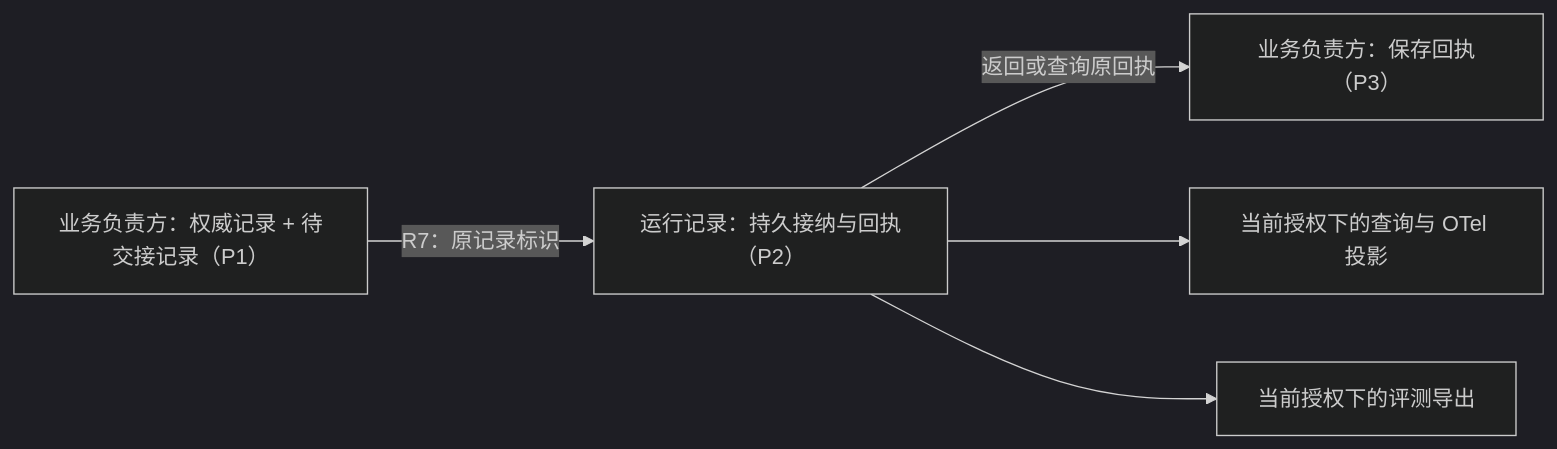
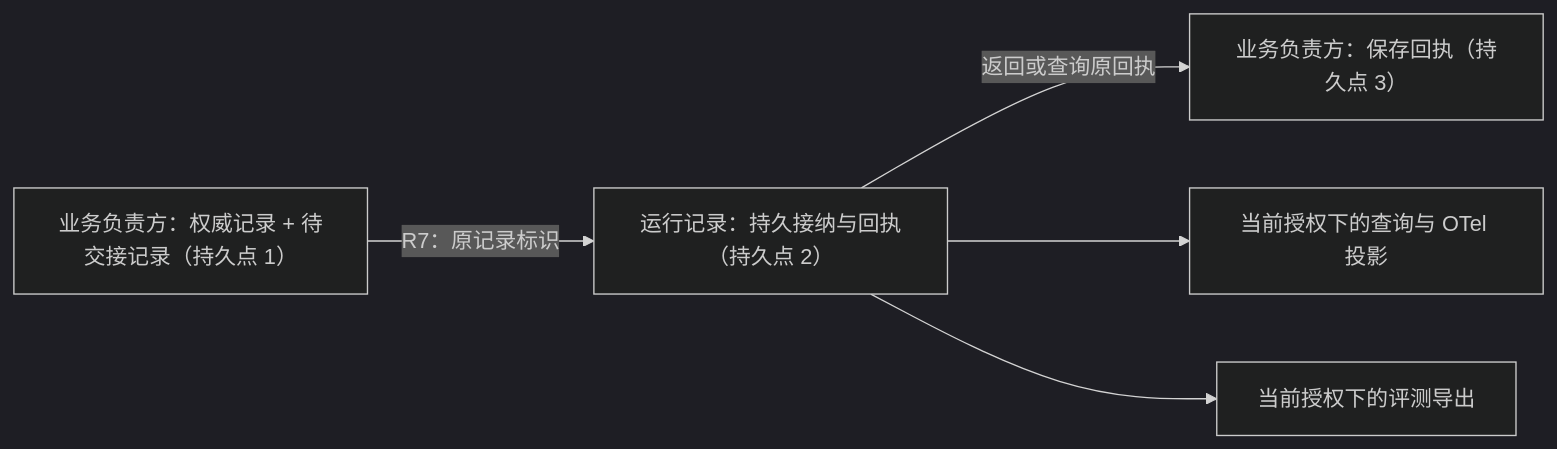
Before and after one commit to ruipengliu/lerna: the diagram in docs/architecture/core/trace/README.md, drawn with Mermaid (dark theme). The commit also changed other lines of this file and 22 other files, not shown here.

````diff
--- a/docs/architecture/core/trace/README.md
+++ b/docs/architecture/core/trace/README.md
@@ -147,7 +148,7 @@
 ```mermaid
 flowchart LR
-    A["业务负责方：权威记录 + 待交接记录（P1）"] -->|"R7：原记录标识"| B["运行记录：持久接纳与回执（P2）"]
-    B -->|"返回或查询原回执"| C["业务负责方：保存回执（P3）"]
+    A["业务负责方：权威记录 + 待交接记录（持久点 1）"] -->|"R7：原记录标识"| B["运行记录：持久接纳与回执（持久点 2）"]
+    B -->|"返回或查询原回执"| C["业务负责方：保存回执（持久点 3）"]
     B --> D["当前授权下的查询与 OTel 投影"]
     B --> E["当前授权下的评测导出"]
 ```
````
